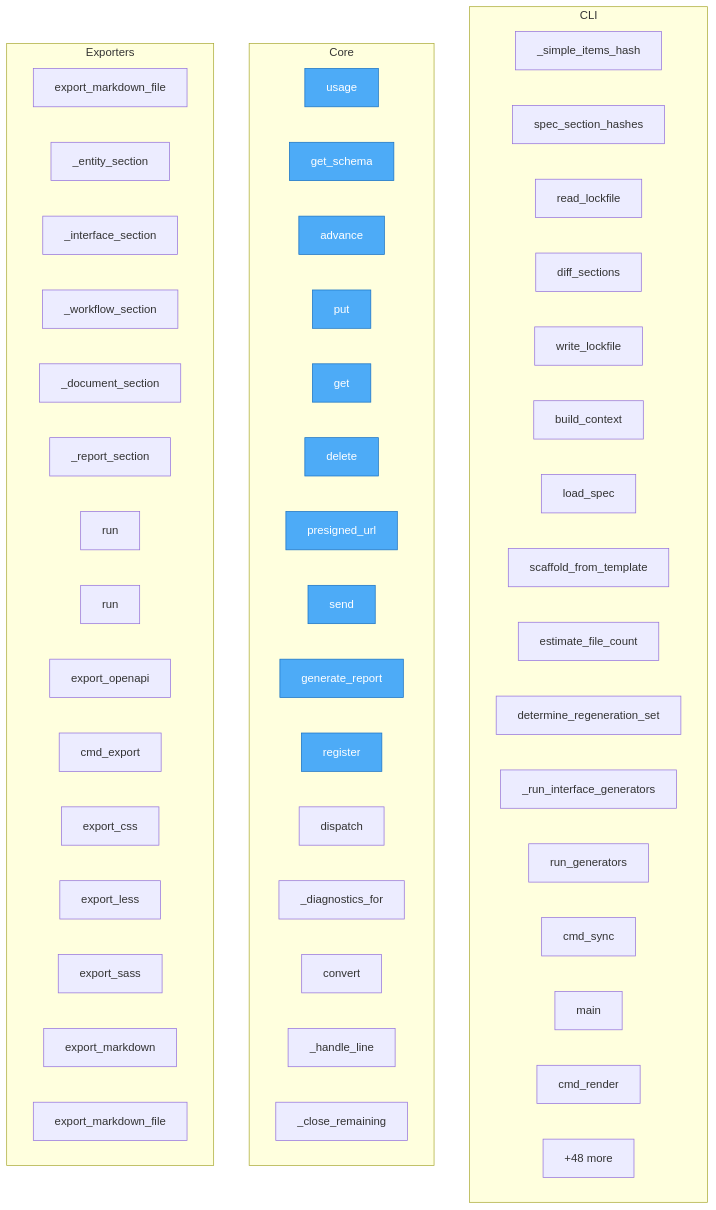
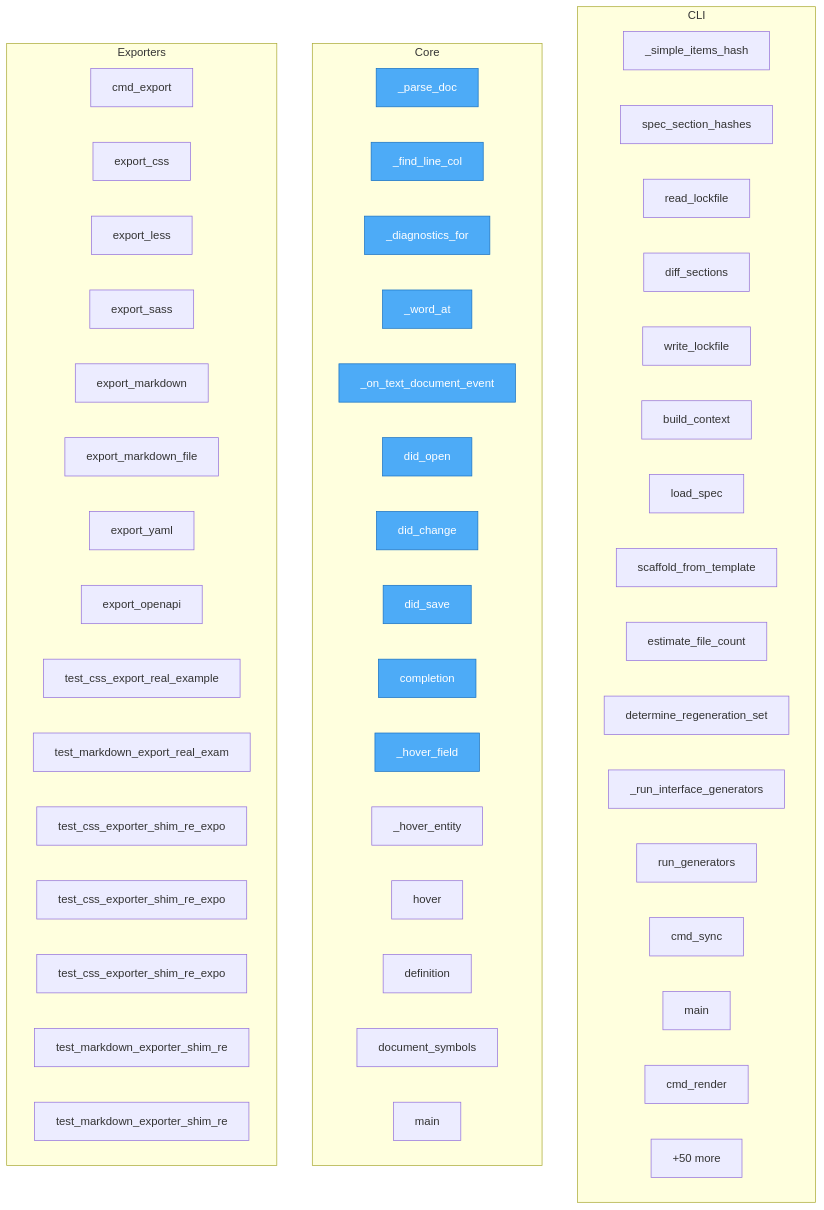
One commit to oqlos/doql changed the diagram in project/flow.mmd. Above: the diagram before and after it, drawn with Mermaid. The commit also changed 27 other files, not shown here.

First line of the commit message:
test(docs): add markdown output

```diff
--- a/project/flow.mmd
+++ b/project/flow.mmd
@@ -1,63 +1,63 @@
 flowchart TD
 
     %% Entry points (blue)
     classDef entry fill:#4dabf7,stroke:#1971c2,color:#fff
 
     subgraph CLI
         doql__cli__lockfile___simple_items_hash["_simple_items_hash"]
         doql__cli__lockfile__spec_section_hashes["spec_section_hashes"]
         doql__cli__lockfile__read_lockfile["read_lockfile"]
         doql__cli__lockfile__diff_sections["diff_sections"]
         doql__cli__lockfile__write_lockfile["write_lockfile"]
         doql__cli__context__build_context["build_context"]
         doql__cli__context__load_spec["load_spec"]
         doql__cli__context__scaffold_from_template["scaffold_from_template"]
         doql__cli__context__estimate_file_count["estimate_file_count"]
         doql__cli__sync__determine_regeneration_set["determine_regeneration_set"]
         doql__cli__sync___run_interface_generators["_run_interface_generators"]
         doql__cli__sync__run_generators["run_generators"]
         doql__cli__sync__cmd_sync["cmd_sync"]
         doql__cli__main__main["main"]
         doql__cli__commands__render__cmd_render["cmd_render"]
-        ...["+96 more"]
+        ...["+98 more"]
     end
 
     subgraph Core
-        doql__usage["usage"]
-        OQLOS_REQUIREMENTS__get_schema["get_schema"]
-        OQLOS_REQUIREMENTS__advance["advance"]
-        OQLOS_REQUIREMENTS__put["put"]
-        OQLOS_REQUIREMENTS__get["get"]
-        OQLOS_REQUIREMENTS__delete["delete"]
-        OQLOS_REQUIREMENTS__presigned_url["presigned_url"]
-        OQLOS_REQUIREMENTS__send["send"]
-        OQLOS_REQUIREMENTS__generate_report["generate_report"]
-        OQLOS_REQUIREMENTS__register["register"]
-        OQLOS_REQUIREMENTS__dispatch["dispatch"]
-        TODO___diagnostics_for["_diagnostics_for"]
-        TODO__convert["convert"]
-        TODO___handle_line["_handle_line"]
-        TODO___close_remaining["_close_remaining"]
-        ...["+1576 more"]
+        SUMR___parse_doc["_parse_doc"]
+        SUMR___find_line_col["_find_line_col"]
+        SUMR___diagnostics_for["_diagnostics_for"]
+        SUMR___word_at["_word_at"]
+        SUMR___on_text_document_event["_on_text_document_event"]
+        SUMR__did_open["did_open"]
+        SUMR__did_change["did_change"]
+        SUMR__did_save["did_save"]
+        SUMR__completion["completion"]
+        SUMR___hover_field["_hover_field"]
+        SUMR___hover_entity["_hover_entity"]
+        SUMR__hover["hover"]
+        SUMR__definition["definition"]
+        SUMR__document_symbols["document_symbols"]
+        SUMR__main["main"]
+        ...["+1538 more"]
     end
 
     subgraph Exporters
-        doql__exporters__markdown__export_markdown_file["export_markdown_file"]
-        doql__exporters__markdown__sections___entity_section["_entity_section"]
-        doql__exporters__markdown__sections___interface_section["_interface_section"]
-        doql__exporters__markdown__sections___workflow_section["_workflow_section"]
-        doql__exporters__markdown__sections___document_section["_document_section"]
-        doql__exporters__markdown__sections___report_section["_report_section"]
-        doql__generators__export_postman__run["run"]
-        doql__generators__export_ts_sdk__run["run"]
-        doql__generators__api_gen__export_openapi["export_openapi"]
-        project__map__toon__cmd_export["cmd_export"]
-        project__map__toon__export_css["export_css"]
-        project__map__toon__export_less["export_less"]
-        project__map__toon__export_sass["export_sass"]
-        project__map__toon__export_markdown["export_markdown"]
-        project__map__toon__export_markdown_file["export_markdown_file"]
-        ...["+48 more"]
+        SUMD__cmd_export["cmd_export"]
+        SUMD__export_css["export_css"]
+        SUMD__export_less["export_less"]
+        SUMD__export_sass["export_sass"]
+        SUMD__export_markdown["export_markdown"]
+        SUMD__export_markdown_file["export_markdown_file"]
+        SUMD__export_yaml["export_yaml"]
+        SUMD__export_openapi["export_openapi"]
+        SUMD__test_css_export_real_example["test_css_export_real_example"]
+        SUMD__test_markdown_export_real_example["test_markdown_export_real_exam"]
+        SUMD__test_css_exporter_shim_re_exports_public_api["test_css_exporter_shim_re_expo"]
+        SUMD__test_css_exporter_shim_re_exports_renderers["test_css_exporter_shim_re_expo"]
+        SUMD__test_css_exporter_shim_re_exports_format_helpers["test_css_exporter_shim_re_expo"]
+        SUMD__test_markdown_exporter_shim_re_exports_public_api["test_markdown_exporter_shim_re"]
+        SUMD__test_markdown_exporter_shim_re_exports_writers["test_markdown_exporter_shim_re"]
+        ...["+50 more"]
     end
 
-    class doql__usage,OQLOS_REQUIREMENTS__get_schema,OQLOS_REQUIREMENTS__advance,OQLOS_REQUIREMENTS__put,OQLOS_REQUIREMENTS__get,OQLOS_REQUIREMENTS__delete,OQLOS_REQUIREMENTS__presigned_url,OQLOS_REQUIREMENTS__send,OQLOS_REQUIREMENTS__generate_report,OQLOS_REQUIREMENTS__register entry
+    class SUMR___parse_doc,SUMR___find_line_col,SUMR___diagnostics_for,SUMR___word_at,SUMR___on_text_document_event,SUMR__did_open,SUMR__did_change,SUMR__did_save,SUMR__completion,SUMR___hover_field entry
```
